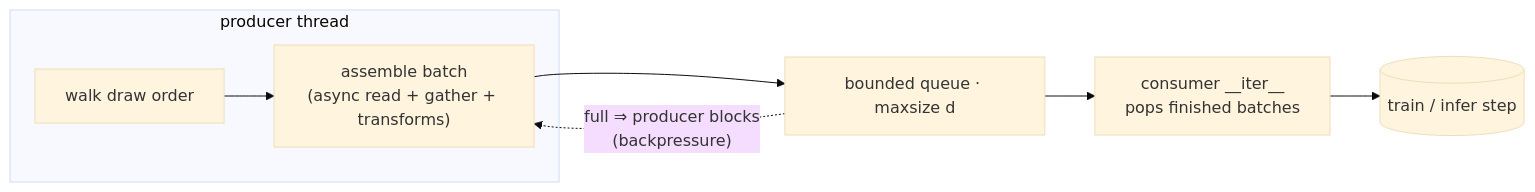
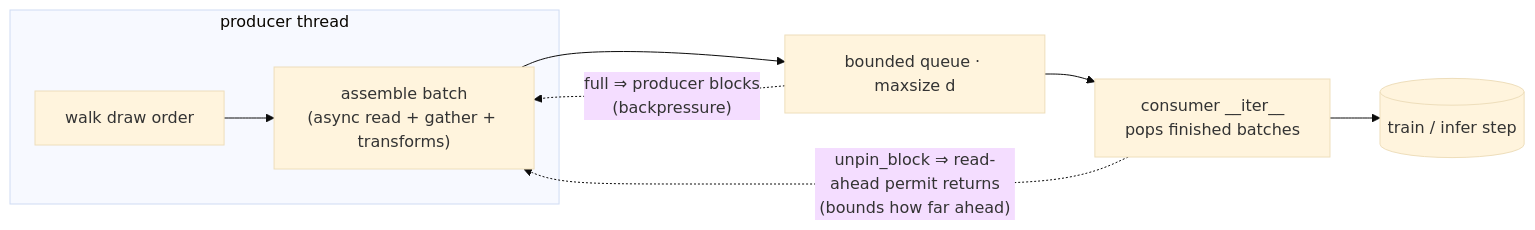
One commit to emfdavid/insitubatch changed the fourth of 5 diagrams in docs/architecture.md. Above: the diagram before and after it, drawn with Mermaid (base theme). The commit also changed other lines of this file and 7 other files, not shown here.

````diff
--- a/docs/architecture.md
+++ b/docs/architecture.md
@@ -394,10 +413,11 @@
 ```mermaid
 flowchart LR
     subgraph PRODUCER["producer thread"]
         WALK["walk draw order"] --> ASM["assemble batch<br/>(async read + gather + transforms)"]
     end
     ASM --> Q["bounded queue · maxsize d"]
     Q --> CONS["consumer __iter__<br/>pops finished batches"]
     CONS --> STEP[("train / infer step")]
     Q -.->|"full ⇒ producer blocks<br/>(backpressure)"| ASM
+    CONS -.->|"unpin_block ⇒ read-ahead permit returns<br/>(bounds how far ahead)"| ASM
 ```
````
